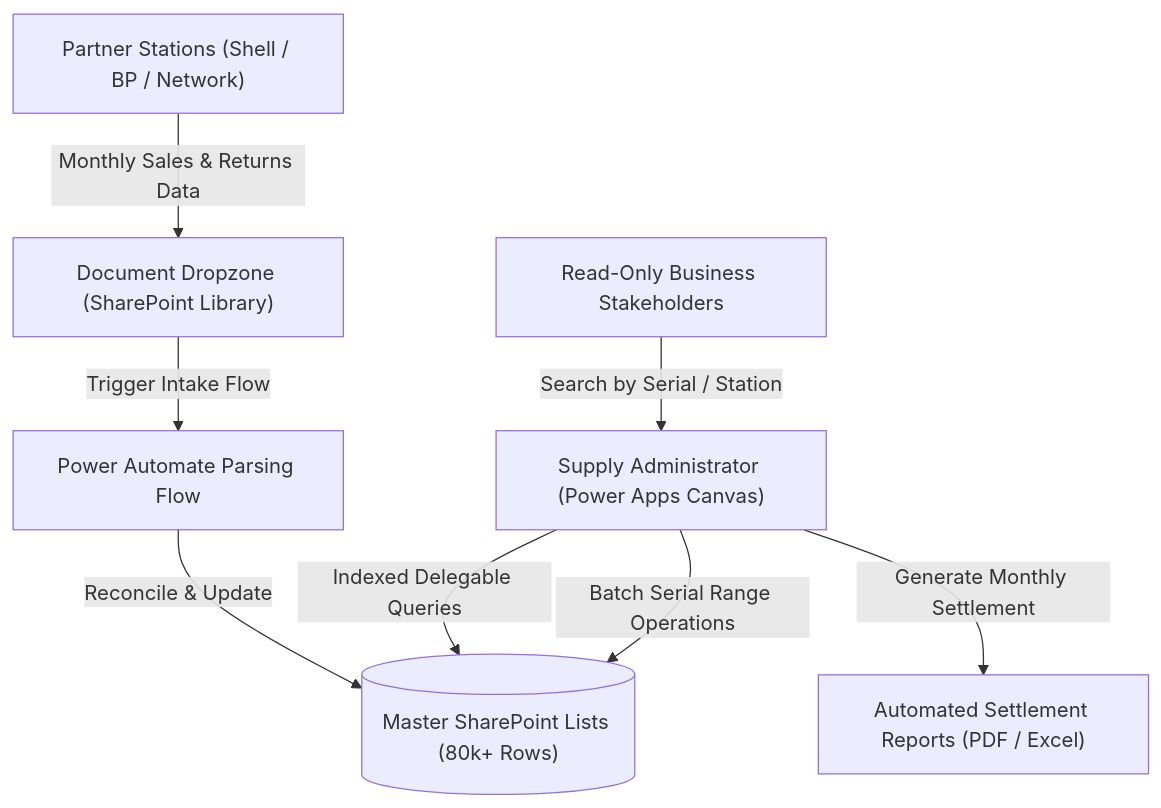
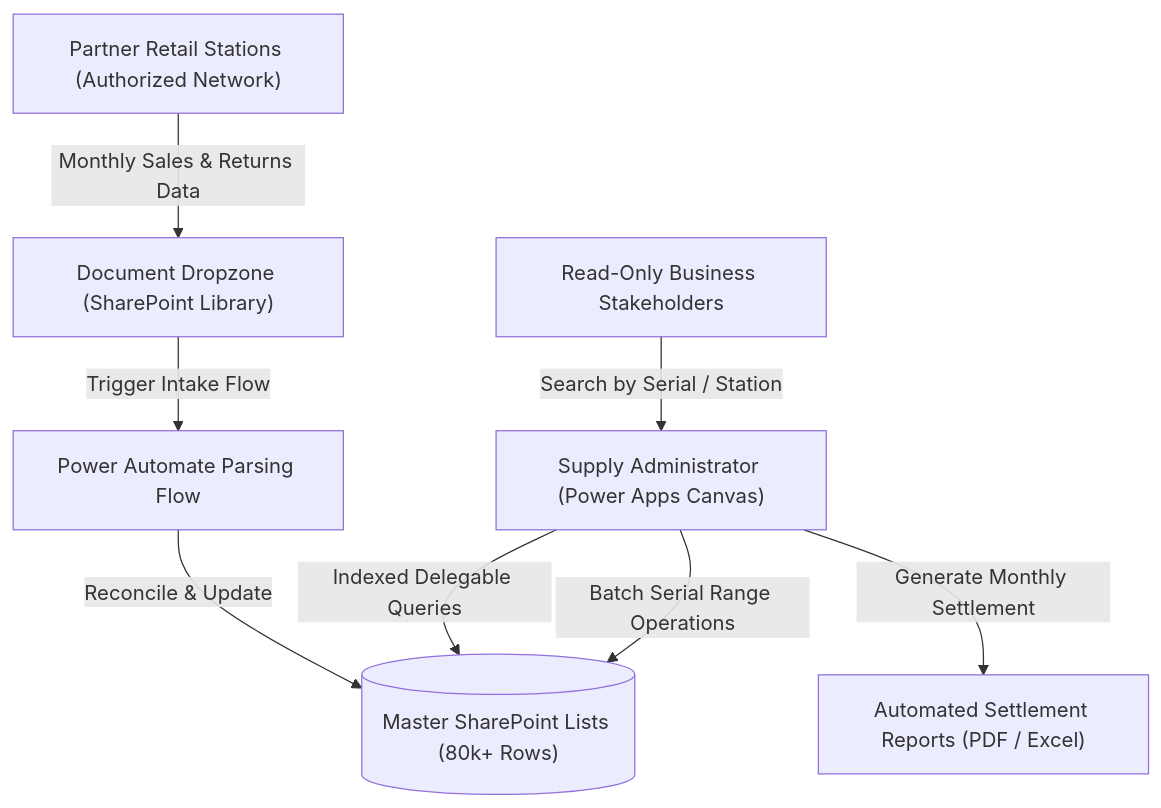
Before and after one commit to Dawiddevops/powerapps-supply-deposit-system: the diagram in README.md, drawn with Mermaid. The commit also changed other lines of this file, not shown here.

Commit message:
Sanitize partner references in architecture documentation

````diff
--- a/README.md
+++ b/README.md
@@ -26,12 +26,12 @@
 ```mermaid
 flowchart TD
-    A["Partner Stations (Shell / BP / Network)"] -->|Monthly Sales & Returns Data| B["Document Dropzone (SharePoint Library)"]
+    A["Partner Retail Stations (Authorized Network)"] -->|Monthly Sales & Returns Data| B["Document Dropzone (SharePoint Library)"]
     B -->|Trigger Intake Flow| C["Power Automate Parsing Flow"]
     C -->|Reconcile & Update| D[("Master SharePoint Lists (80k+ Rows)")]
     
     E["Supply Administrator (Power Apps Canvas)"] -->|Indexed Delegable Queries| D
     E -->|Batch Serial Range Operations| D
     E -->|Generate Monthly Settlement| F["Automated Settlement Reports (PDF / Excel)"]
     
     G["Read-Only Business Stakeholders"] -->|Search by Serial / Station| E
 ```
````
